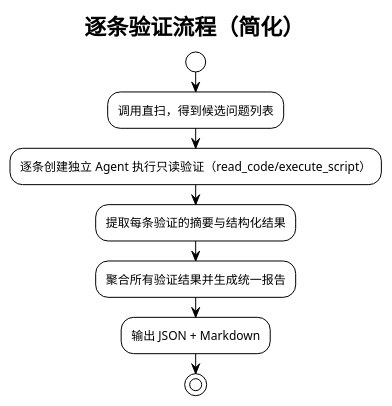
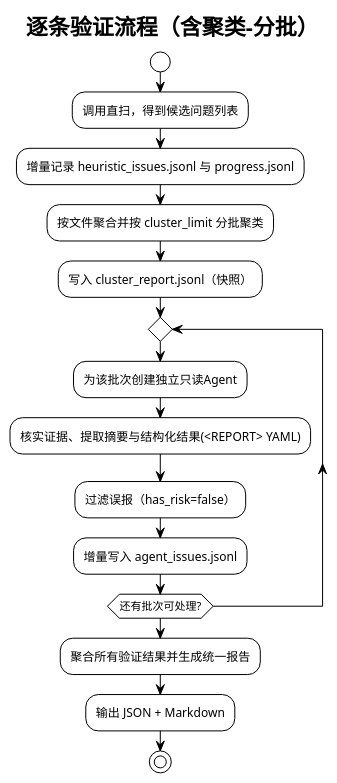
One commit to skyfireitdiy/Jarvis changed the third of 3 diagrams in docs/架构设计/jarvis-sec系统架构设计.md. Above: the diagram before and after it, drawn with PlantUML. The commit also changed other lines of this file, not shown here.

````diff
--- a/docs/架构设计/jarvis-sec系统架构设计.md
+++ b/docs/架构设计/jarvis-sec系统架构设计.md
@@ -121,14 +126,21 @@
 ```plantuml
 @startuml
 !theme plain
-title 逐条验证流程（简化）
+title 逐条验证流程（含聚类-分批）
 
 start
 :调用直扫，得到候选问题列表;
-:逐条创建独立 Agent 执行只读验证（read_code/execute_script）;
-:提取每条验证的摘要与结构化结果;
+:增量记录 heuristic_issues.jsonl 与 progress.jsonl;
+:按文件聚合并按 cluster_limit 分批聚类;
+:写入 cluster_report.jsonl（快照）;
+repeat
+  :为该批次创建独立只读Agent;
+  :核实证据、提取摘要与结构化结果(<REPORT> YAML);
+  :过滤误报（has_risk=false）;
+  :增量写入 agent_issues.jsonl;
+repeat while(还有批次可处理?)
 :聚合所有验证结果并生成统一报告;
 :输出 JSON + Markdown;
 stop
 @enduml
 ```
````
